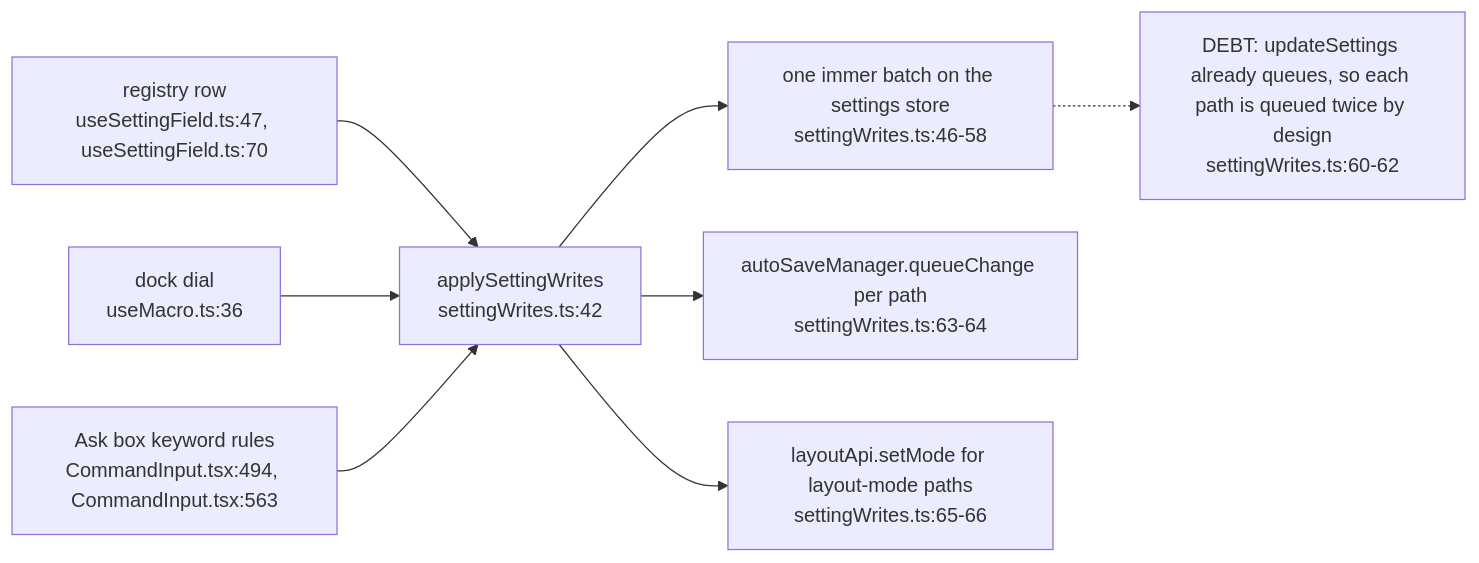
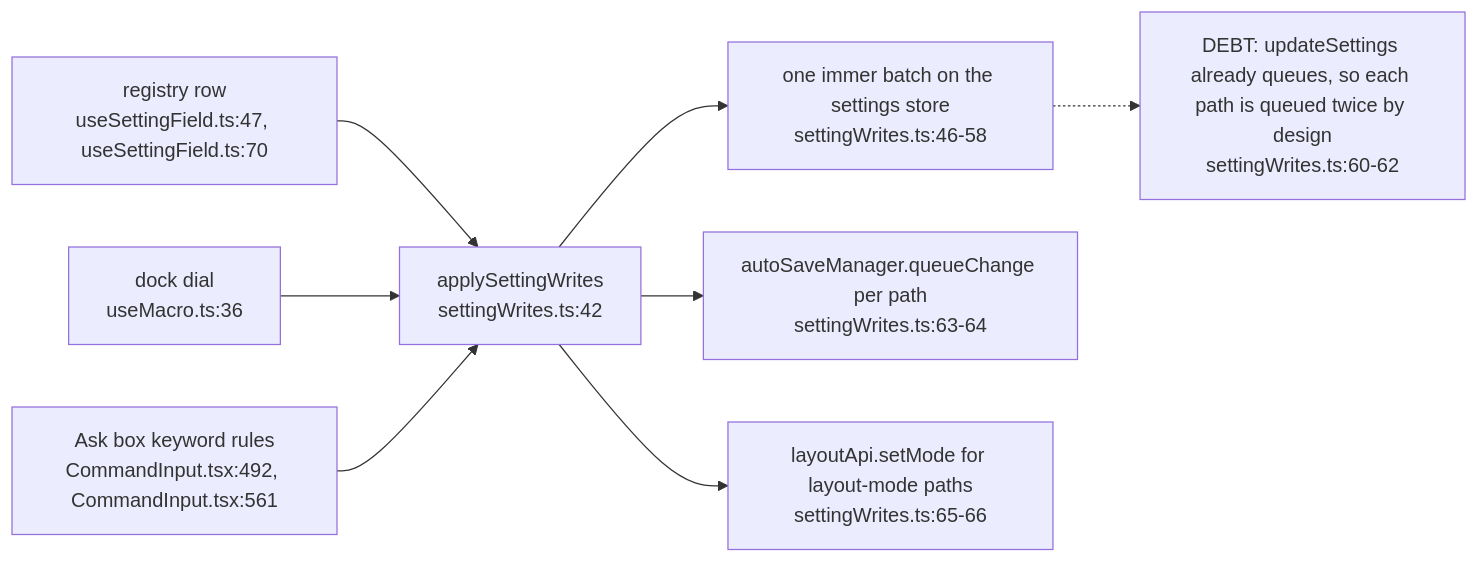
The fifth of 12 diagrams in docs/diagrams/visionclaw/57-control-centre-ia-and-drawer.md (DreamLab-AI/VisionFlow), drawn with Mermaid before and after one commit. The commit also changed other lines of this file and 46 other files, not shown here.

Commit message:
docs(diagrams): re-verify VisionClaw topics at 809a859aa/a950f4d80 after the consolidation pass

````diff
--- a/docs/diagrams/visionclaw/57-control-centre-ia-and-drawer.md
+++ b/docs/diagrams/visionclaw/57-control-centre-ia-and-drawer.md
@@ -176,10 +201,10 @@
 ```mermaid
 flowchart LR
     ROW["registry row<br/>useSettingField.ts:47, useSettingField.ts:70"] --> ASW["applySettingWrites<br/>settingWrites.ts:42"]
     DIAL["dock dial<br/>useMacro.ts:36"] --> ASW
-    ASK["Ask box keyword rules<br/>CommandInput.tsx:494, CommandInput.tsx:563"] --> ASW
+    ASK["Ask box keyword rules<br/>CommandInput.tsx:492, CommandInput.tsx:561"] --> ASW
     ASW --> BATCH["one immer batch on the settings store<br/>settingWrites.ts:46-58"]
     ASW --> Q["autoSaveManager.queueChange per path<br/>settingWrites.ts:63-64"]
     ASW --> LM["layoutApi.setMode for layout-mode paths<br/>settingWrites.ts:65-66"]
     BATCH -.-> DQ["DEBT: updateSettings already queues, so each path is queued twice by design<br/>settingWrites.ts:60-62"]
 ```
````
